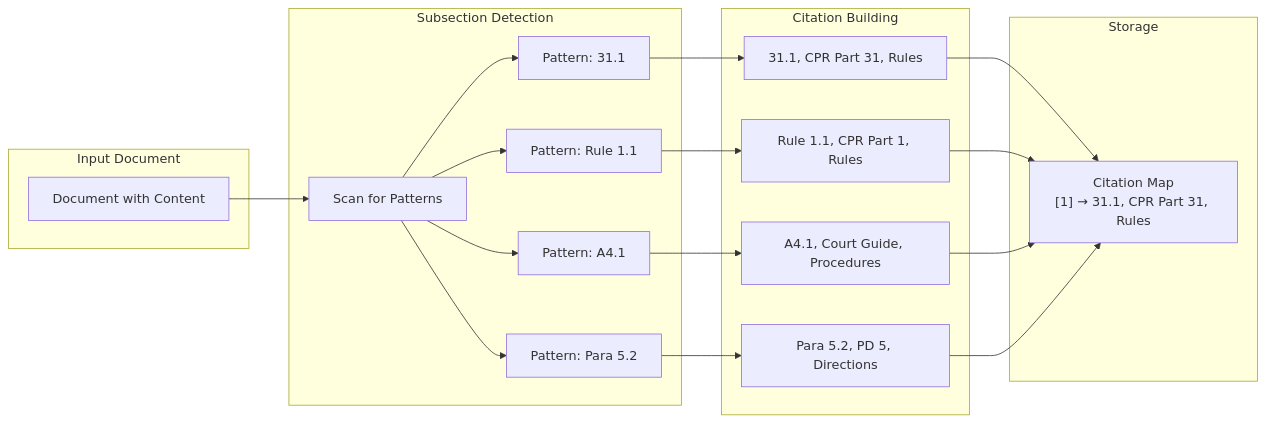
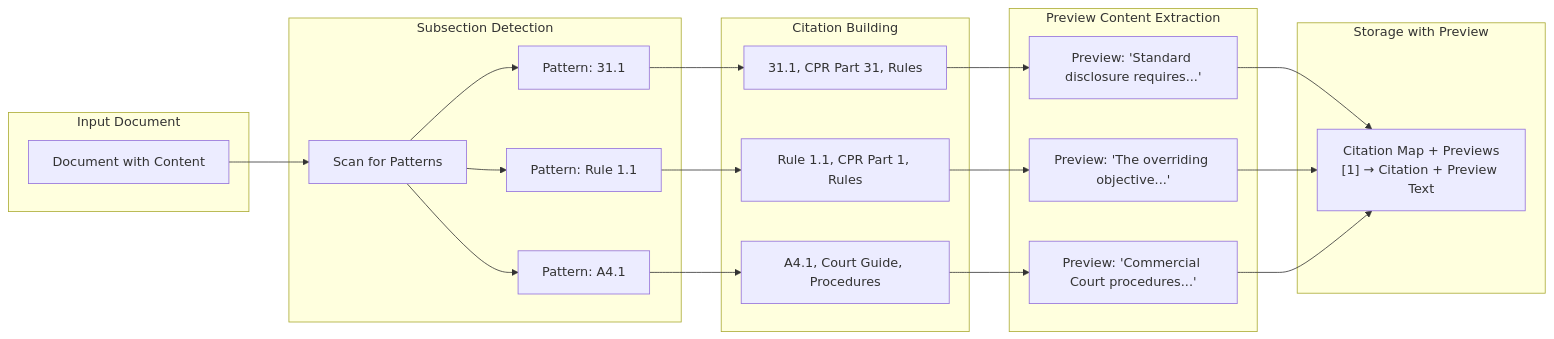
One commit to Adalex-AI/azure-search-openai-demo changed the fourth of 8 diagrams in changes and architecture/DATA_FLOW_DIAGRAMS.md. Above: the diagram before and after it, drawn with Mermaid. The commit also changed other lines of this file and 25 other files, not shown here.

````diff
--- a/changes and architecture/DATA_FLOW_DIAGRAMS.md
+++ b/changes and architecture/DATA_FLOW_DIAGRAMS.md
@@ -88,28 +124,31 @@
 ```mermaid
 flowchart LR
     subgraph "Input Document"
         Doc[Document with Content]
     end
     
     subgraph "Subsection Detection"
         Doc --> Scan[Scan for Patterns]
         Scan --> P1["Pattern: 31.1"]
-        Scan --> P2["Pattern: Rule 1.1"]
+        Scan --> P2["Pattern: Rule 1.1"]  
         Scan --> P3["Pattern: A4.1"]
-        Scan --> P4["Pattern: Para 5.2"]
     end
     
     subgraph "Citation Building"
         P1 --> Build1["31.1, CPR Part 31, Rules"]
         P2 --> Build2["Rule 1.1, CPR Part 1, Rules"]
         P3 --> Build3["A4.1, Court Guide, Procedures"]
-        P4 --> Build4["Para 5.2, PD 5, Directions"]
     end
     
-    subgraph "Storage"
-        Build1 --> Map["Citation Map<br/>[1] → 31.1, CPR Part 31, Rules"]
-        Build2 --> Map
-        Build3 --> Map
-        Build4 --> Map
+    subgraph "Preview Content Extraction"
+        Build1 --> Extract1["Preview: 'Standard disclosure requires...'"]
+        Build2 --> Extract2["Preview: 'The overriding objective...'"]
+        Build3 --> Extract3["Preview: 'Commercial Court procedures...'"]
+    end
+    
+    subgraph "Storage with Preview"
+        Extract1 --> Map["Citation Map + Previews<br/>[1] → Citation + Preview Text"]
+        Extract2 --> Map
+        Extract3 --> Map
     end
 ```
````
